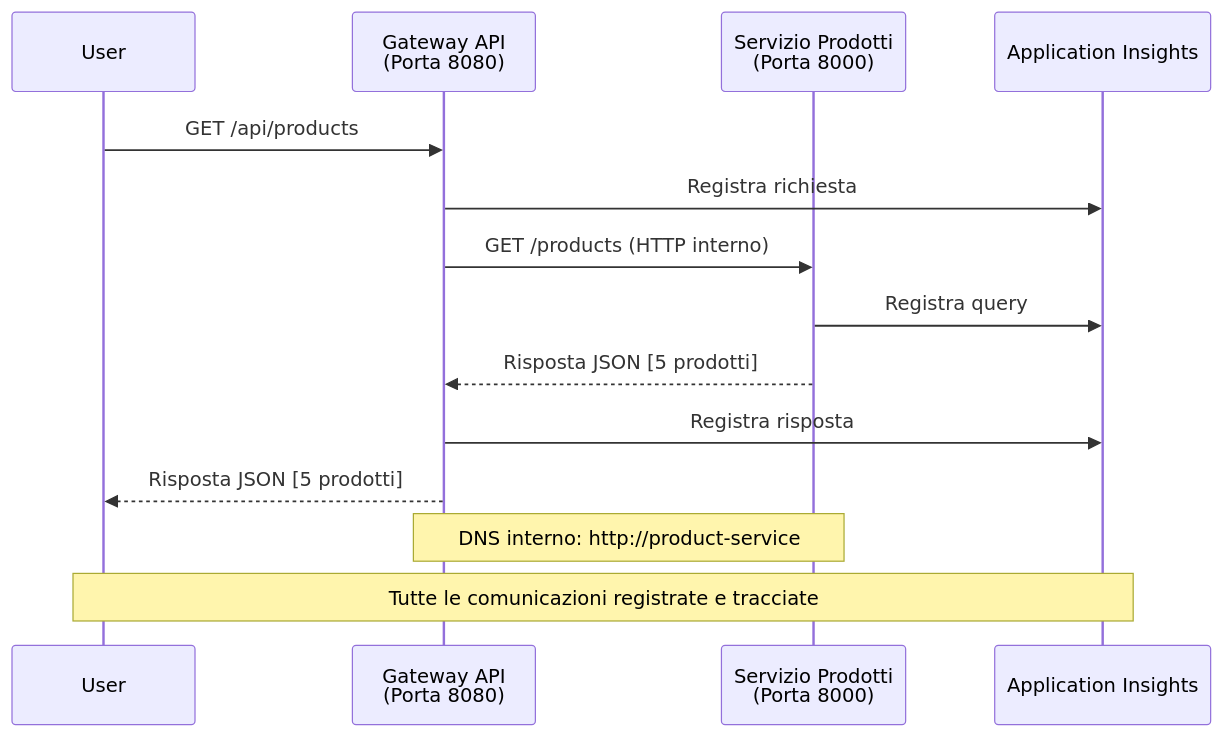
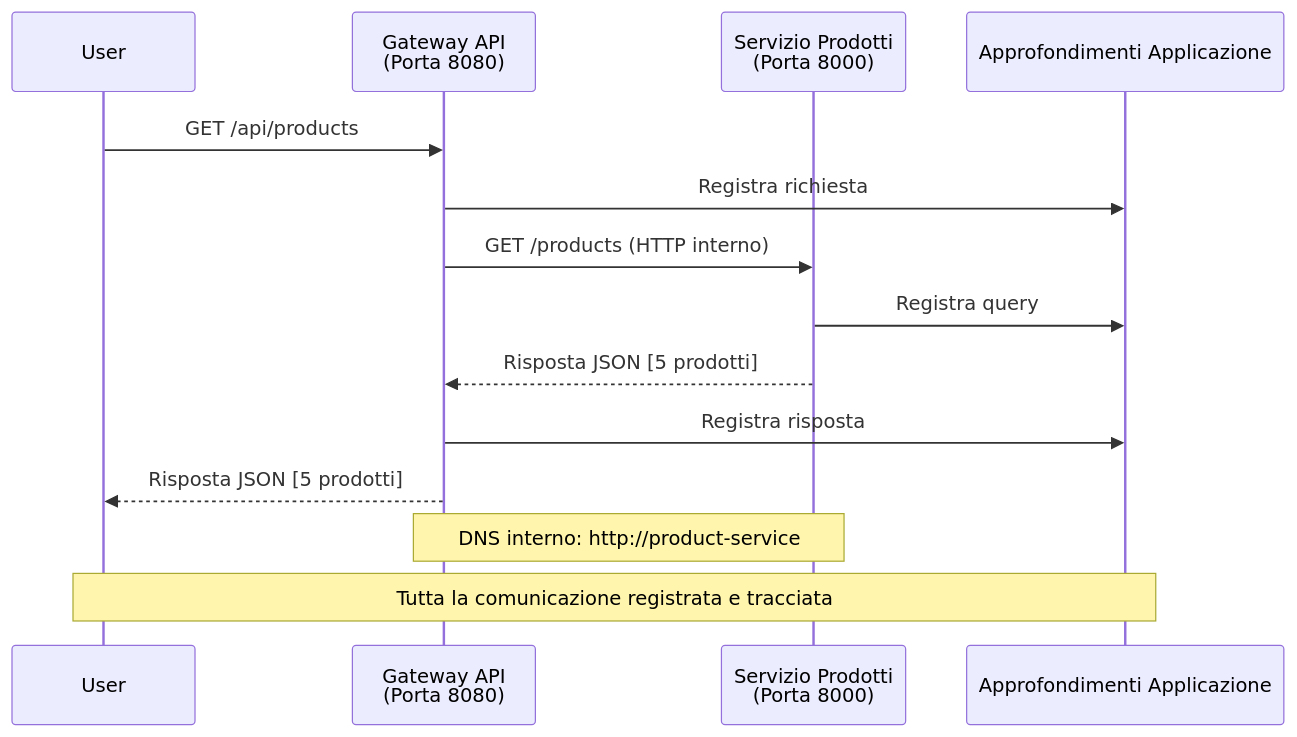
The fourth of 4 diagrams in translations/it/examples/microservices/README.md (microsoft/AZD-for-beginners), drawn with Mermaid before and after one commit. The commit also changed other lines of this file and 242 other files, not shown here.

````diff
--- a/translations/it/examples/microservices/README.md
+++ b/translations/it/examples/microservices/README.md
@@ -432,18 +423,18 @@
 ```mermaid
 sequenceDiagram
     participant User
     participant Gateway as Gateway API<br/>(Porta 8080)
     participant Product as Servizio Prodotti<br/>(Porta 8000)
-    participant AI as Application Insights
+    participant AI as Approfondimenti Applicazione
     
     User->>Gateway: GET /api/products
     Gateway->>AI: Registra richiesta
     Gateway->>Product: GET /products (HTTP interno)
     Product->>AI: Registra query
     Product-->>Gateway: Risposta JSON [5 prodotti]
     Gateway->>AI: Registra risposta
     Gateway-->>User: Risposta JSON [5 prodotti]
     
     Note over Gateway,Product: DNS interno: http://product-service
-    Note over User,AI: Tutte le comunicazioni registrate e tracciate
+    Note over User,AI: Tutta la comunicazione registrata e tracciata
 ```
````
